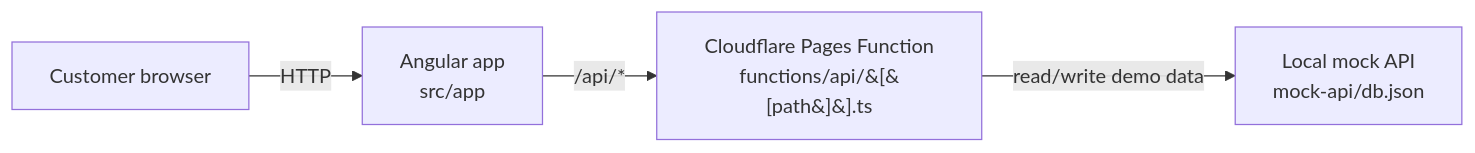
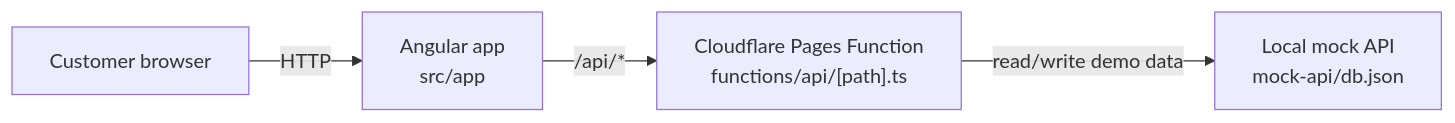
The diagram in README.md (delitamakanda/angular-qrcode-restaurant), drawn with Mermaid before and after one commit.

````diff
--- a/README.md
+++ b/README.md
@@ -35,11 +35,11 @@
 ```mermaid
 flowchart LR
     B[Customer browser]
     A[Angular app<br/>src/app]
-    P[Cloudflare Pages Function<br/>functions/api/&#91;&#91;path&#93;&#93;.ts]
+    P[Cloudflare Pages Function<br/>functions/api/#91;path&#93.ts]
     M[Local mock API<br/>mock-api/db.json]
 
     B -->|HTTP| A
     A -->|/api/*| P
     P -->|read/write demo data| M
 ```
````
